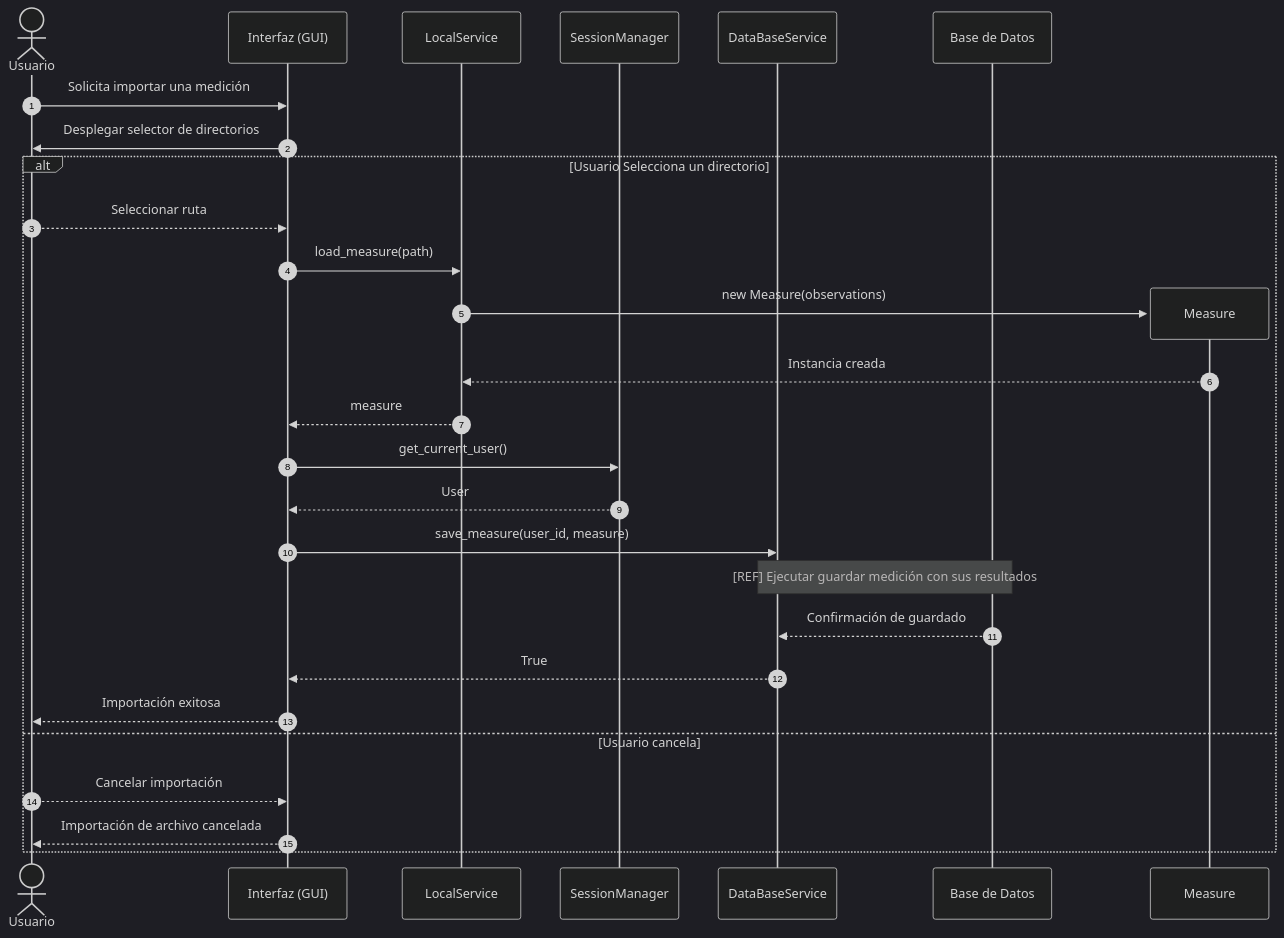
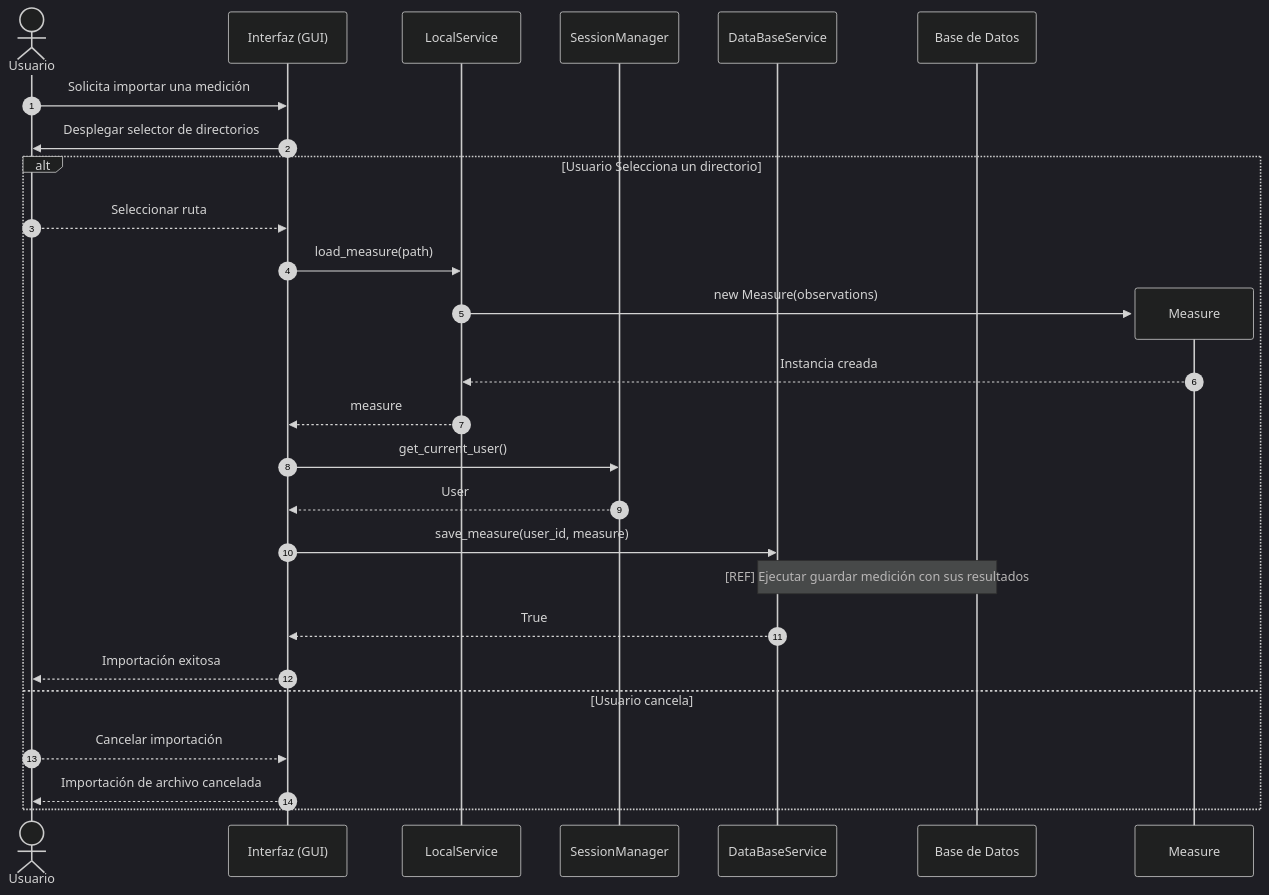
One commit to alegrelias/Repo-GMini changed the eighth of 13 diagrams in Gmini-MarkDown/Diagramas/Diagramas de Secuencia.md. Above: the diagram before and after it, drawn with Mermaid (dark theme). The commit also changed other lines of this file, not shown here.

Commit message:
Se agrega diagrama de secuencia

````diff
--- a/Gmini-MarkDown/Diagramas/Diagramas de Secuencia.md
+++ b/Gmini-MarkDown/Diagramas/Diagramas de Secuencia.md
@@ -257,33 +255,32 @@
 ```mermaid
 sequenceDiagram
 autonumber
 
 actor U as Usuario
 participant G as Interfaz (GUI)
 participant local as LocalService
 participant session as SessionManager
 participant dbs as DataBaseService
 participant db as Base de Datos
 
 U->>G: Solicita importar una medición
 
 G->>U: Desplegar selector de directorios
 	alt Usuario Selecciona un directorio
 		U-->>G: Seleccionar ruta
 		G->>local: load_measure(path)
 		create participant M as Measure
 		local->>M: new Measure(observations)
 		M-->>local: Instancia creada
 		local-->>G: measure
 		G->>session: get_current_user()
 			session-->>G: User
 			G->>dbs: save_measure(user_id, measure)
 			Note over dbs, db: [REF] Ejecutar guardar medición con sus resultados
-			db-->>dbs: Confirmación de guardado
 			dbs-->>G: True
 			G-->>U: Importación exitosa
 	else Usuario cancela
 		U-->>G: Cancelar importación
 		G-->>U: Importación de archivo cancelada
 	end
 ```
````
